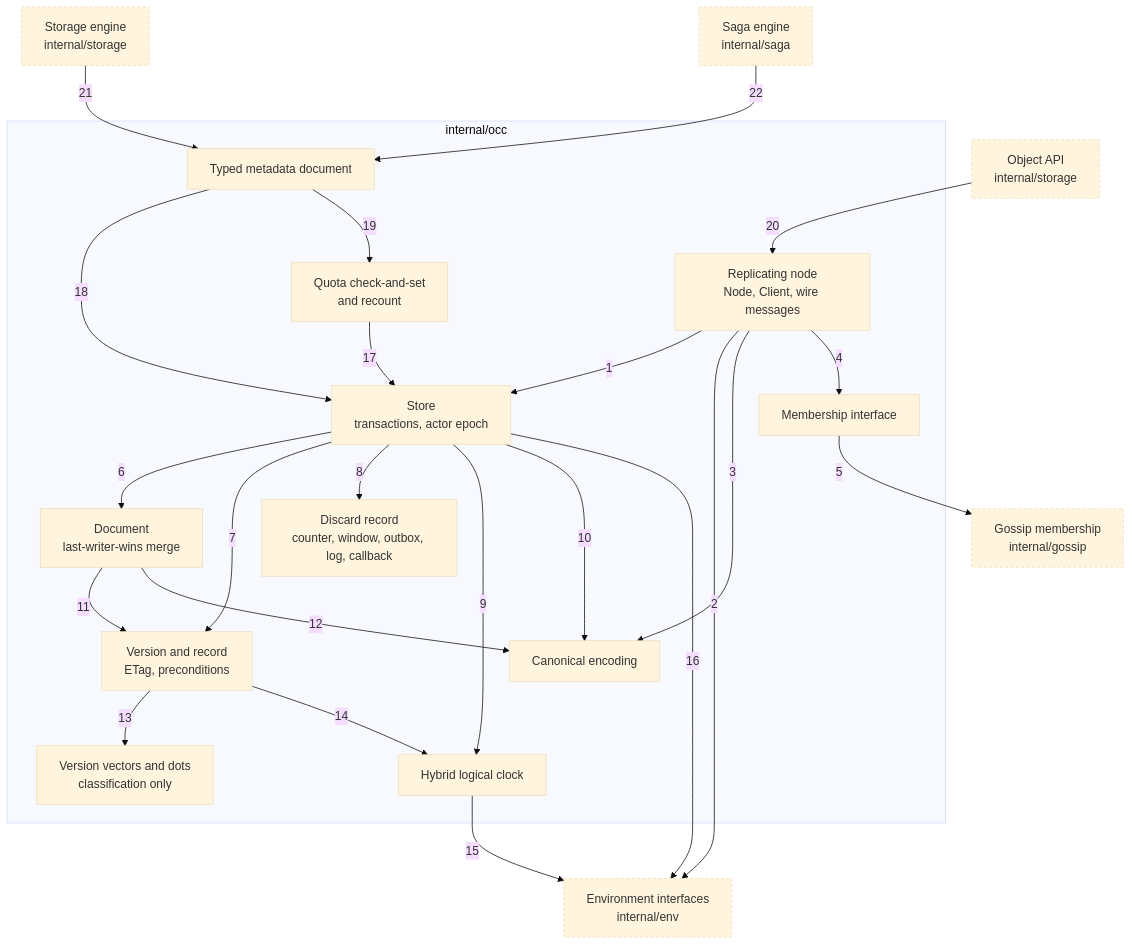
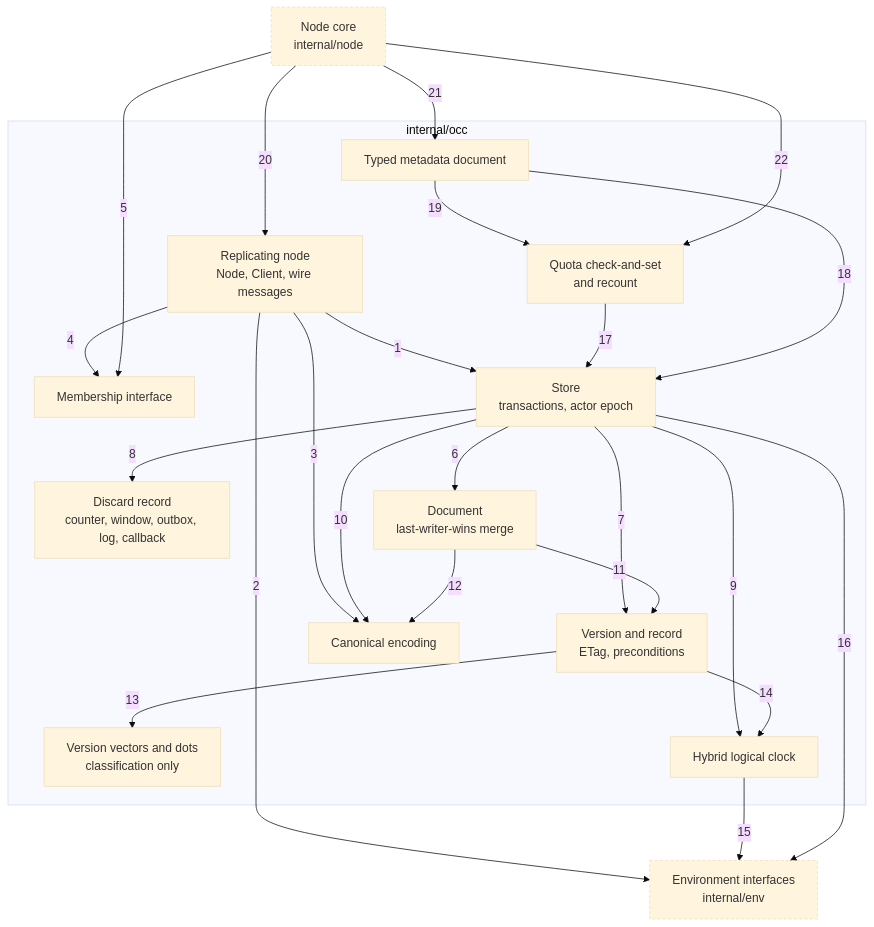
Before and after one commit to nickstrad/decentralized-object-store: the diagram in docs/c4/07-component-occ.md, drawn with Mermaid (base theme). The commit also changed other lines of this file and 28 other files, not shown here.

Commit message:
c4: redraw the diagrams as built: a node core that implements every package's interfaces, a node runtime, the object API over one service interface

````diff
--- a/docs/c4/07-component-occ.md
+++ b/docs/c4/07-component-occ.md
@@ -8,45 +8,42 @@
 ```mermaid
 flowchart TB
-  API["Object API<br/>internal/storage"]
-  STORAGE["Storage engine<br/>internal/storage"]
-  SAGA["Saga engine<br/>internal/saga"]
+  NC["Node core<br/>internal/node"]
   subgraph OCC["internal/occ"]
     NODE["Replicating node<br/>Node, Client, wire messages"]
     MEMBERSHIP["Membership interface"]
     META["Typed metadata document"]
     QUOTA["Quota check-and-set<br/>and recount"]
     STORE["Store<br/>transactions, actor epoch"]
     DISCARD["Discard record<br/>counter, window, outbox, log, callback"]
     DOC["Document<br/>last-writer-wins merge"]
     VERSION["Version and record<br/>ETag, preconditions"]
     VV["Version vectors and dots<br/>classification only"]
     HLC["Hybrid logical clock"]
     ENC["Canonical encoding"]
   end
-  GOSSIP["Gossip membership<br/>internal/gossip"]
   ENV["Environment interfaces<br/>internal/env"]
   NODE -->|1| STORE
   NODE -->|2| ENV
   NODE -->|3| ENC
   NODE -->|4| MEMBERSHIP
-  MEMBERSHIP -->|5| GOSSIP
+  NC -->|5| MEMBERSHIP
   STORE -->|6| DOC
   STORE -->|7| VERSION
   STORE -->|8| DISCARD
   STORE -->|9| HLC
   STORE -->|10| ENC
   DOC -->|11| VERSION
   DOC -->|12| ENC
   VERSION -->|13| VV
   VERSION -->|14| HLC
   HLC -->|15| ENV
   STORE -->|16| ENV
   QUOTA -->|17| STORE
   META -->|18| STORE
   META -->|19| QUOTA
-  API -->|20| NODE
-  STORAGE -->|21| META
-  SAGA -->|22| META
+  NC -->|20| NODE
+  NC -->|21| META
+  NC -->|22| QUOTA
   classDef ext stroke-dasharray:4 3
-  class API,STORAGE,SAGA,GOSSIP,ENV ext
+  class NC,ENV ext
 ```
````
